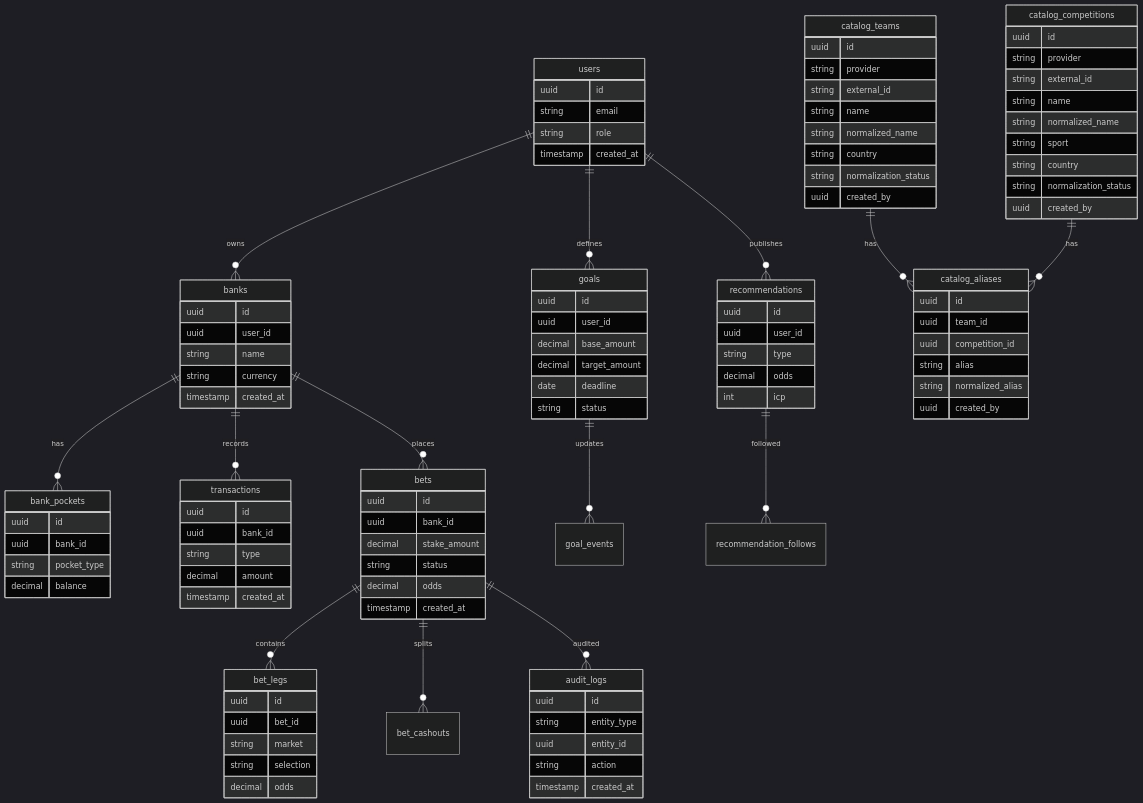
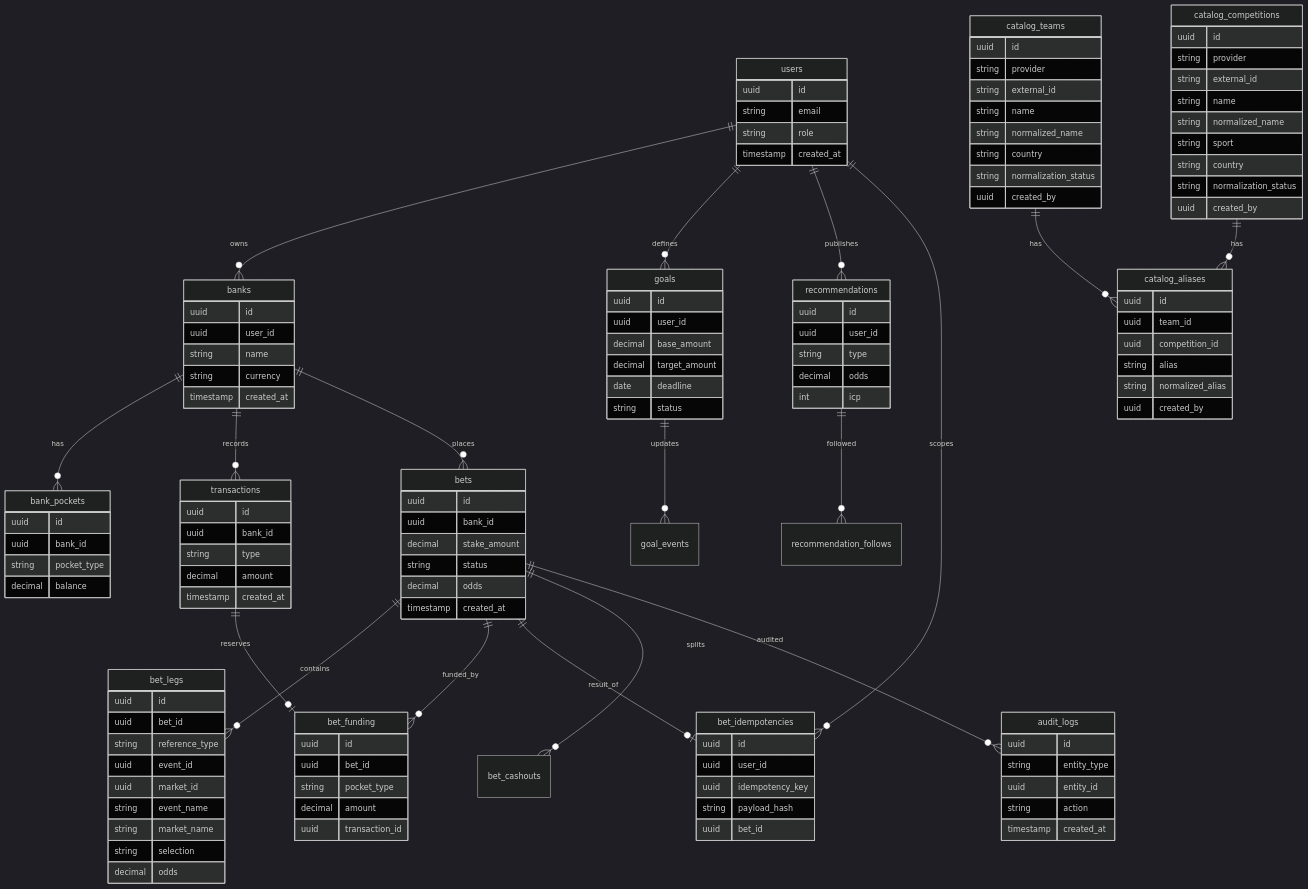
Before and after one commit to yxsinell/StakeLedger: the second of 3 diagrams in .context/SRS/architecture-specs.md, drawn with Mermaid (dark theme). The commit also changed other lines of this file and 22 other files, not shown here.

First line of the commit message:
feat(bets): add ticket creation flow

```diff
--- a/.context/SRS/architecture-specs.md
+++ b/.context/SRS/architecture-specs.md
@@ -34,6 +34,10 @@
   banks ||--o{ transactions : records
   banks ||--o{ bets : places
   bets ||--o{ bet_legs : contains
+  bets ||--o{ bet_funding : funded_by
+  transactions ||--o| bet_funding : reserves
+  users ||--o{ bet_idempotencies : scopes
+  bets ||--o| bet_idempotencies : result_of
   bets ||--o{ bet_cashouts : splits
   bets ||--o{ audit_logs : audited
   goals ||--o{ goal_events : updates
@@ -78,9 +82,27 @@
   bet_legs {
     uuid id
     uuid bet_id
-    string market
+    string reference_type
+    uuid event_id
+    uuid market_id
+    string event_name
+    string market_name
     string selection
     decimal odds
+  }
+  bet_funding {
+    uuid id
+    uuid bet_id
+    string pocket_type
+    decimal amount
+    uuid transaction_id
+  }
+  bet_idempotencies {
+    uuid id
+    uuid user_id
+    uuid idempotency_key
+    string payload_hash
+    uuid bet_id
   }
   goals {
     uuid id
```
